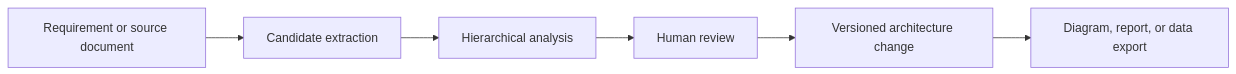
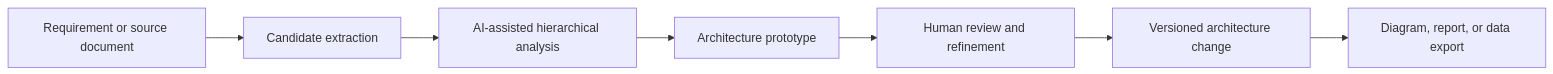
Before and after one commit to carstenartur/Taxonomy: the first of 2 diagrams in README.md, drawn with Mermaid. The commit also changed other lines of this file, not shown here.

Commit message:
Clarify rapid architecture prototyping goal

````diff
--- a/README.md
+++ b/README.md
@@ -32,8 +35,9 @@
 ```mermaid
 flowchart LR
     A[Requirement or source document] --> B[Candidate extraction]
-    B --> C[Hierarchical analysis]
-    C --> D[Human review]
-    D --> E[Versioned architecture change]
-    E --> F[Diagram, report, or data export]
+    B --> C[AI-assisted hierarchical analysis]
+    C --> D[Architecture prototype]
+    D --> E[Human review and refinement]
+    E --> F[Versioned architecture change]
+    F --> G[Diagram, report, or data export]
 ```
````
